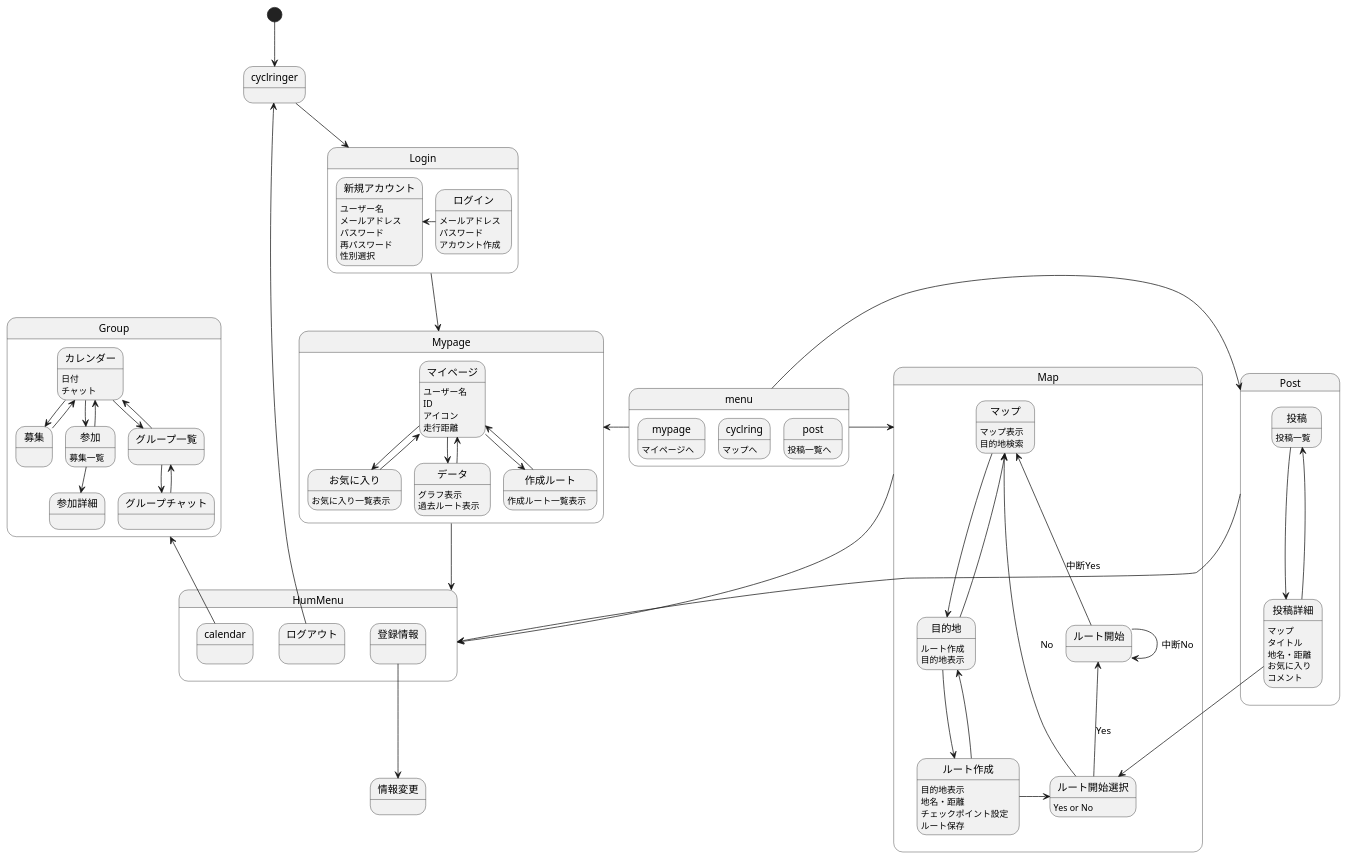
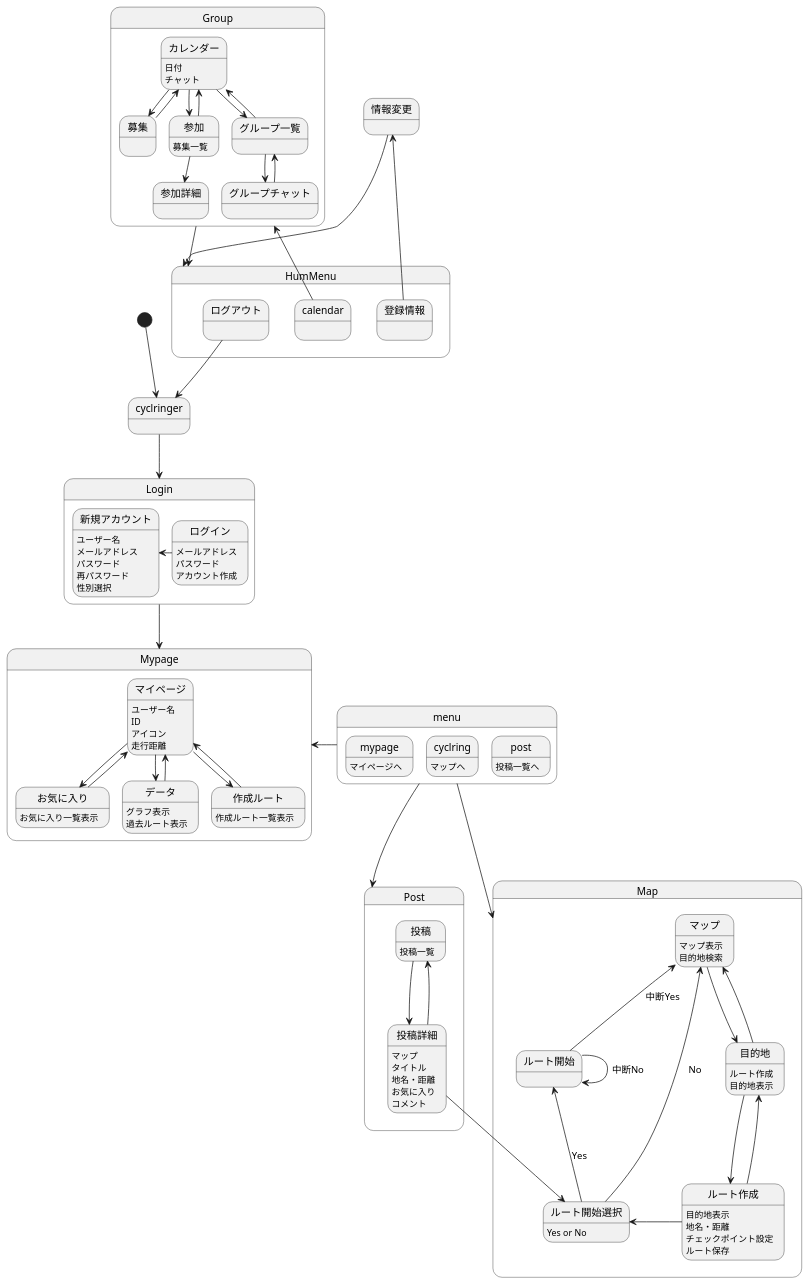
The diagram in 画面遷移図/gm.md (AsoSD3A3/CyclingSystem), drawn with PlantUML before and after one commit.

```diff
--- a/画面遷移図/gm.md
+++ b/画面遷移図/gm.md
@@ -15,12 +15,12 @@
 ログアウト:
 }
 
-Mypage-->HumMenu
-Map-->HumMenu
-Post-->HumMenu
+
 
 登録情報-->情報変更
+情報変更-->HumMenu
 calendar-up->Group
+Group-->HumMenu
 ログアウト-->cyclringer
 
 state Group{
```
